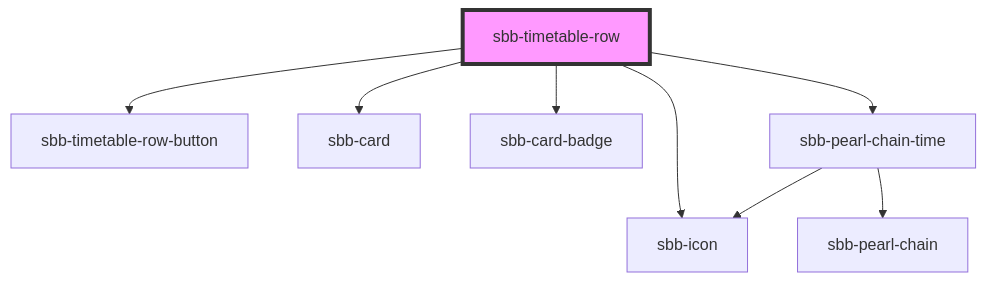
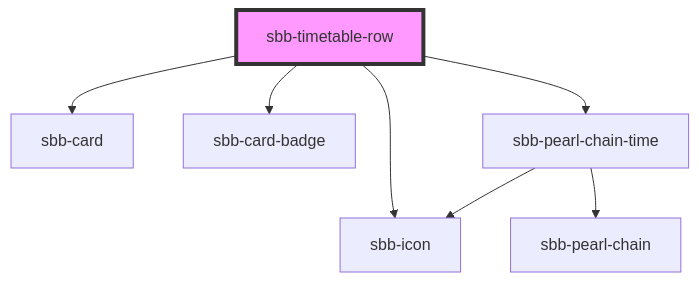
Before and after one commit to sbb-design-systems/lyne-components: the diagram in src/components/sbb-timetable-row/readme.md, drawn with Mermaid. The commit also changed other lines of this file and 33 other files, not shown here.

````diff
--- a/src/components/sbb-timetable-row/readme.md
+++ b/src/components/sbb-timetable-row/readme.md
@@ -60,11 +59,10 @@
 ```mermaid
 graph TD;
-  sbb-timetable-row --> sbb-timetable-row-button
   sbb-timetable-row --> sbb-card
   sbb-timetable-row --> sbb-card-badge
   sbb-timetable-row --> sbb-icon
   sbb-timetable-row --> sbb-pearl-chain-time
   sbb-pearl-chain-time --> sbb-icon
   sbb-pearl-chain-time --> sbb-pearl-chain
   style sbb-timetable-row fill:#f9f,stroke:#333,stroke-width:4px
 ```
````
